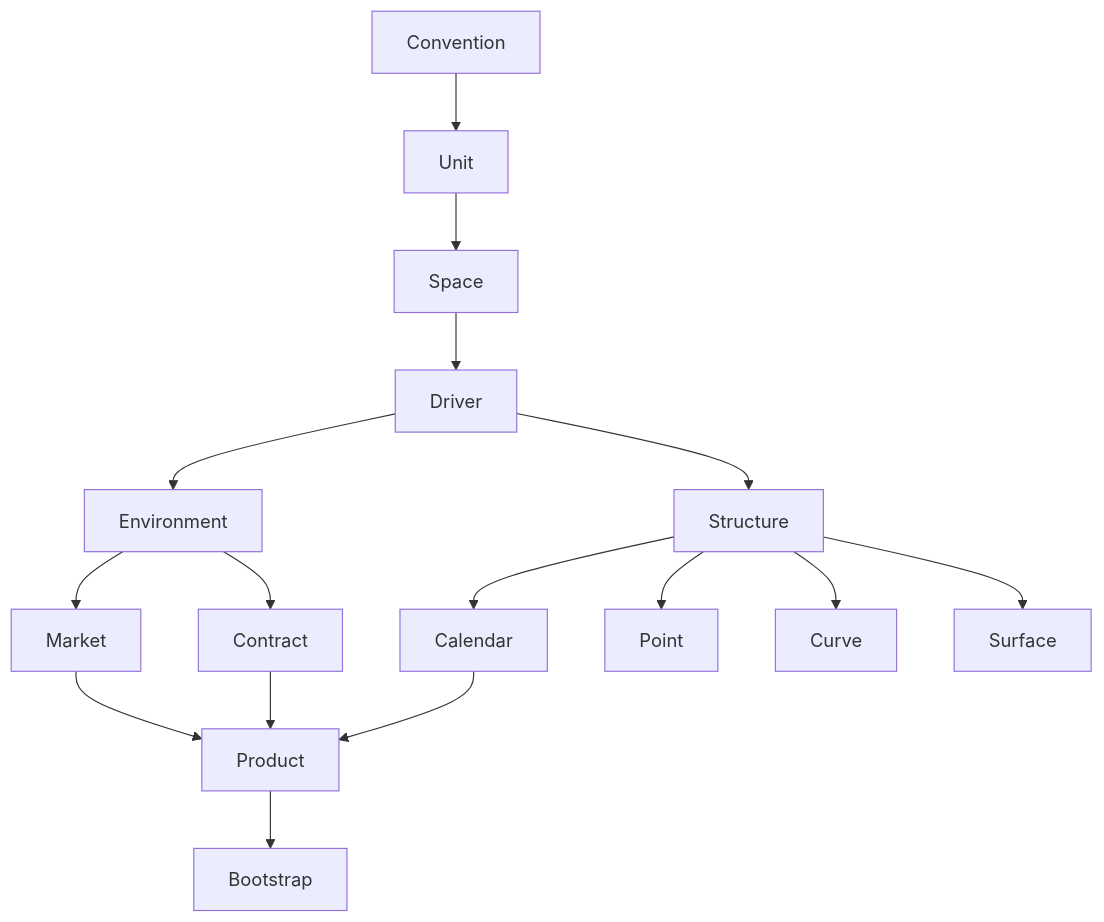
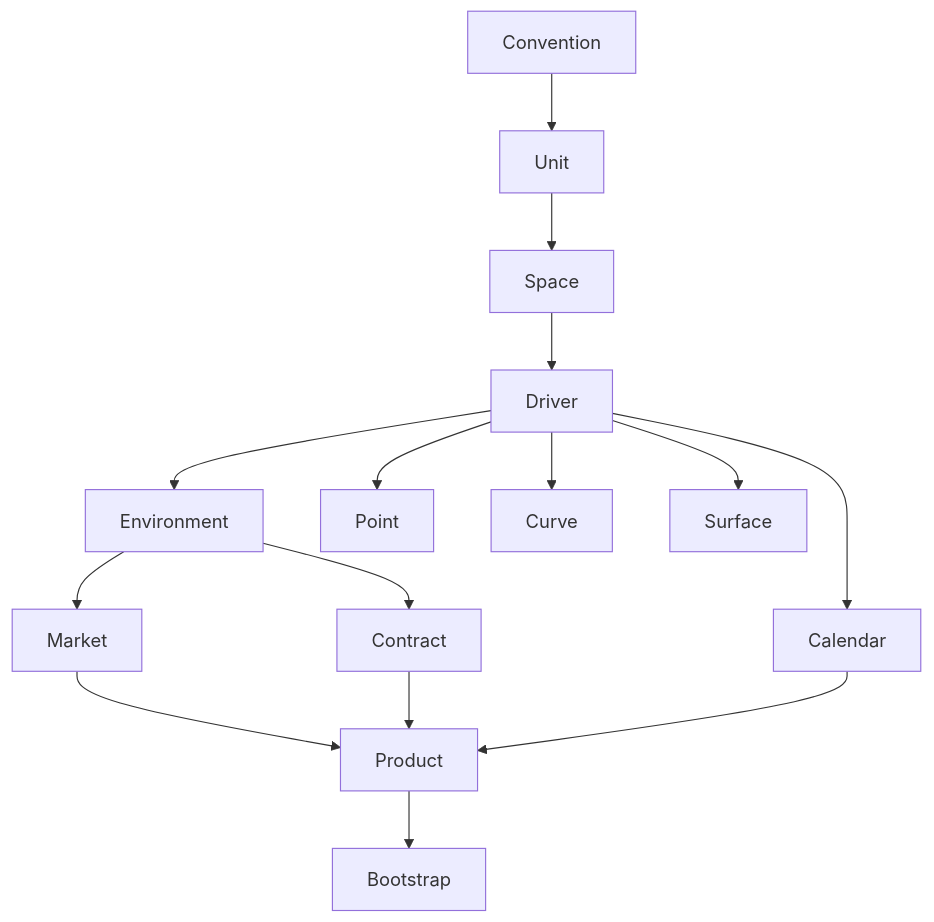
Before and after one commit to tristanvandevelde/finstruct: the diagram in README.md, drawn with Mermaid.

````diff
--- a/README.md
+++ b/README.md
@@ -26,18 +26,17 @@
 ```mermaid
 graph TD;
     Convention-->Unit;
     Unit-->Space;
     Space-->Driver;
     Driver-->Environment;
-    Driver-->Structure;
     Environment-->Market;
     Environment-->Contract;
     Market-->Product;
     Contract-->Product;
     Calendar-->Product;
-    Structure-->Calendar;
-    Structure-->Point;
-    Structure-->Curve;
-    Structure-->Surface;
+    Driver-->Calendar;
+    Driver-->Point;
+    Driver-->Curve;
+    Driver-->Surface;
     Product-->Bootstrap;
 ```
````
